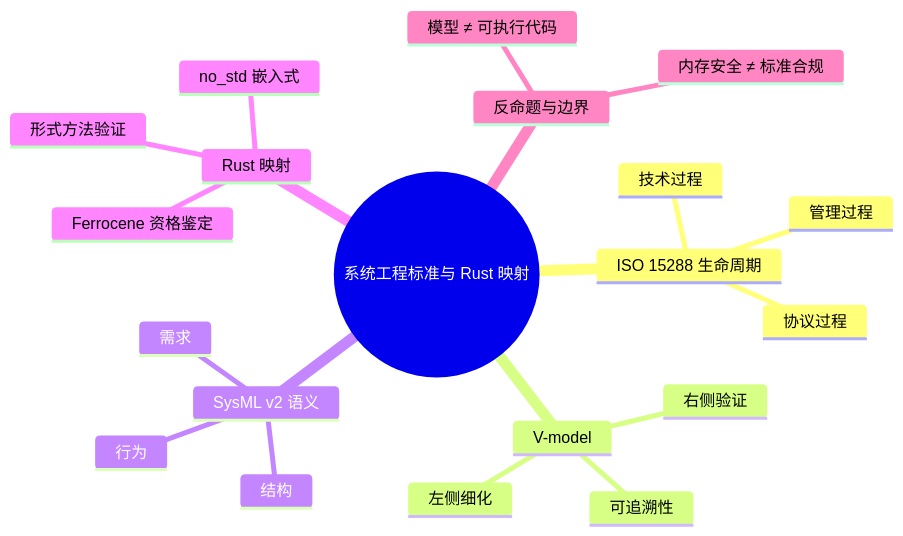
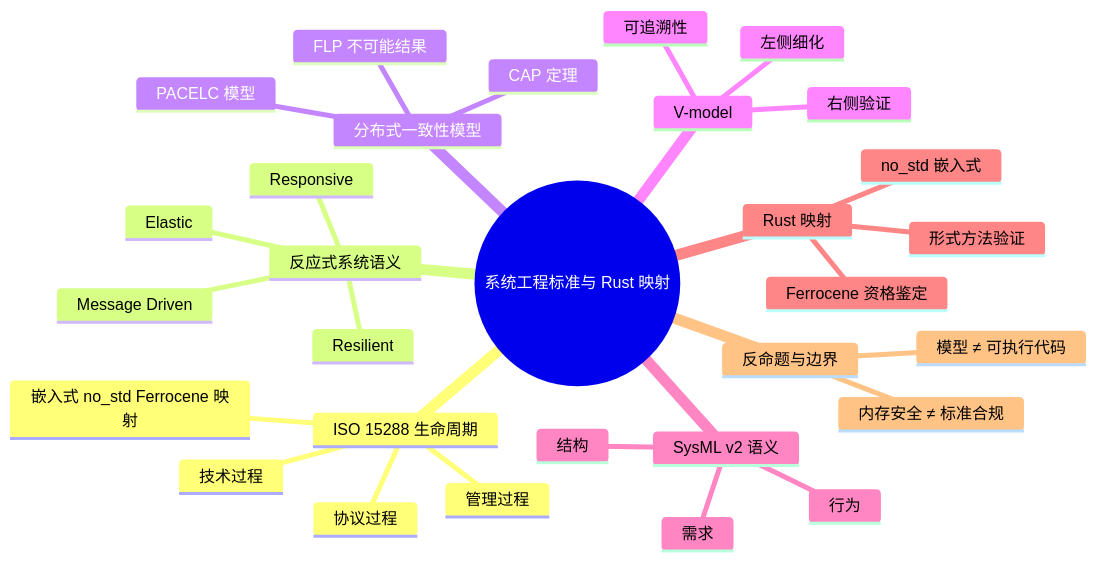
Before and after one commit to martin-ly/rust-lang: the diagram in concept/04_formal/09_system_semantics/06_systems_engineering_standards.md, drawn with Mermaid. The commit also changed other lines of this file and 8 other files, not shown here.

````diff
--- a/concept/04_formal/09_system_semantics/06_systems_engineering_standards.md
+++ b/concept/04_formal/09_system_semantics/06_systems_engineering_standards.md
@@ -452,23 +623,33 @@
 ```mermaid
 mindmap
   root((系统工程标准与 Rust 映射))
     ISO 15288 生命周期
       技术过程
       管理过程
       协议过程
+      嵌入式 no_std Ferrocene 映射
+    反应式系统语义
+      Responsive
+      Resilient
+      Elastic
+      Message Driven
+    分布式一致性模型
+      CAP 定理
+      FLP 不可能结果
+      PACELC 模型
     V-model
       左侧细化
       右侧验证
       可追溯性
     SysML v2 语义
       需求
       结构
       行为
     Rust 映射
       no_std 嵌入式
       Ferrocene 资格鉴定
       形式方法验证
     反命题与边界
       内存安全 ≠ 标准合规
       模型 ≠ 可执行代码
 ```
````
